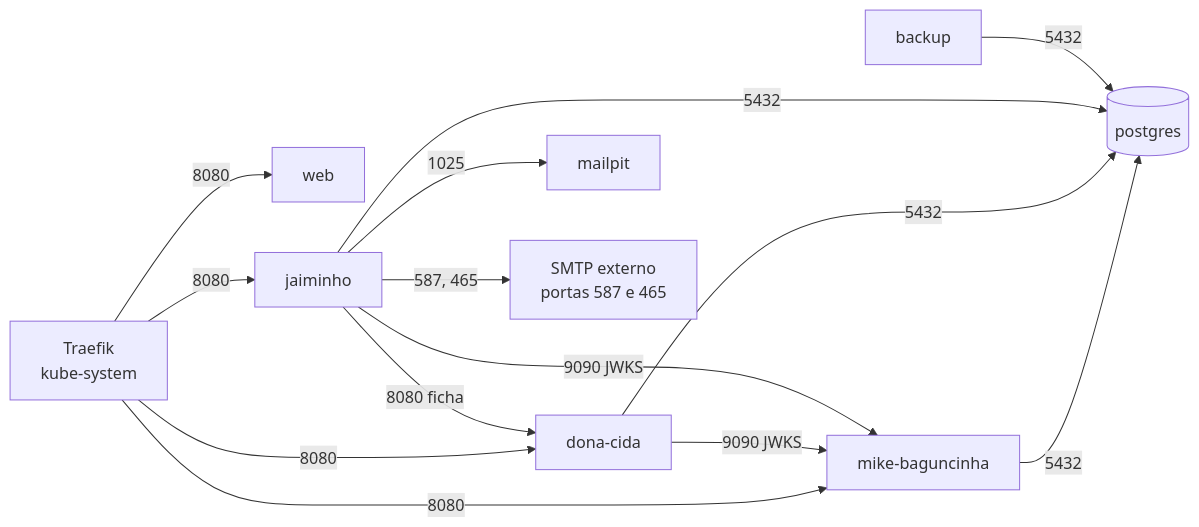
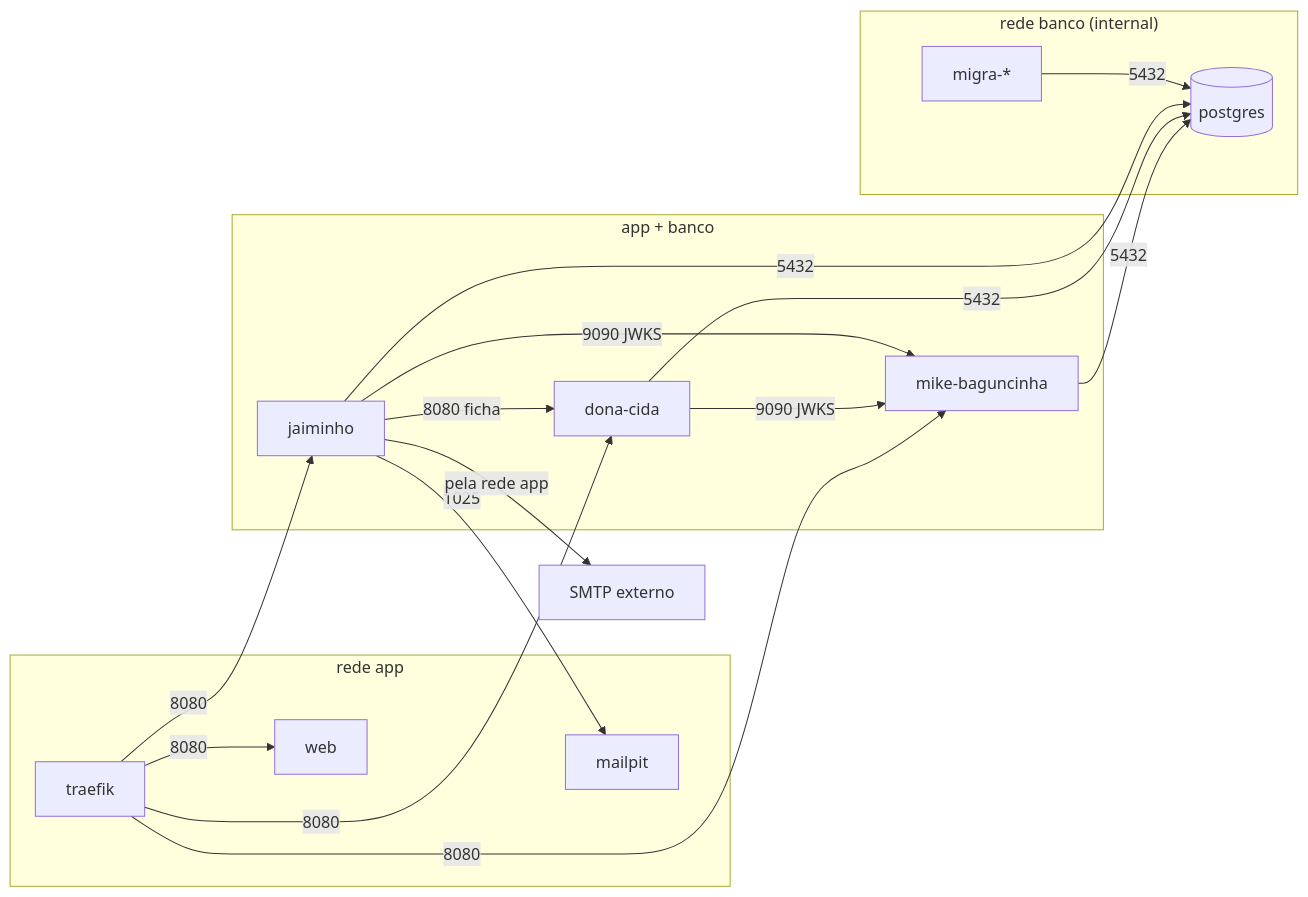
Before and after one commit to ArthurRostirolla/MedicalField: the second of 2 diagrams in docs/arquitetura/seguranca.md, drawn with Mermaid. The commit also changed other lines of this file and 14 other files, not shown here.

````diff
--- a/docs/arquitetura/seguranca.md
+++ b/docs/arquitetura/seguranca.md
@@ -236,26 +239,32 @@
 ```mermaid
 flowchart LR
-  traefik["Traefik<br/>kube-system"]
-  web["web"]
-  mike["mike-baguncinha"]
-  cida["dona-cida"]
-  jai["jaiminho"]
-  pg[("postgres")]
-  mail["mailpit"]
-  fora["SMTP externo<br/>portas 587 e 465"]
-  bkp["backup"]
+  subgraph app["rede app"]
+    traefik["traefik"]
+    web["web"]
+    mail["mailpit"]
+  end
+  subgraph ambas["app + banco"]
+    mike["mike-baguncinha"]
+    cida["dona-cida"]
+    jai["jaiminho"]
+  end
+  subgraph banco["rede banco (internal)"]
+    pg[("postgres")]
+    migra["migra-*"]
+  end
+  fora["SMTP externo"]
 
   traefik -- "8080" --> web
   traefik -- "8080" --> mike
   traefik -- "8080" --> cida
   traefik -- "8080" --> jai
   cida -- "9090 JWKS" --> mike
   jai -- "9090 JWKS" --> mike
   jai -- "8080 ficha" --> cida
   mike -- "5432" --> pg
   cida -- "5432" --> pg
   jai -- "5432" --> pg
-  bkp -- "5432" --> pg
+  migra -- "5432" --> pg
   jai -- "1025" --> mail
-  jai -- "587, 465" --> fora
+  jai -- "pela rede app" --> fora
 ```
````
